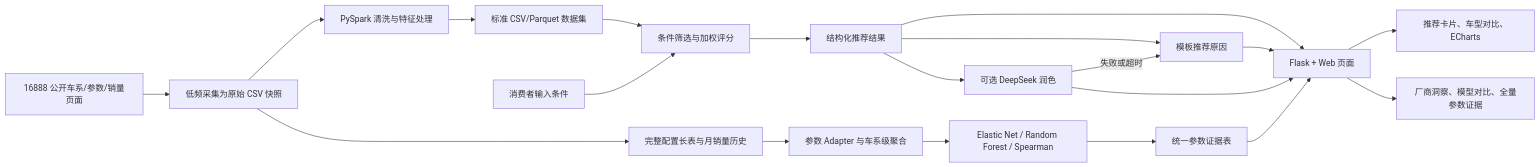
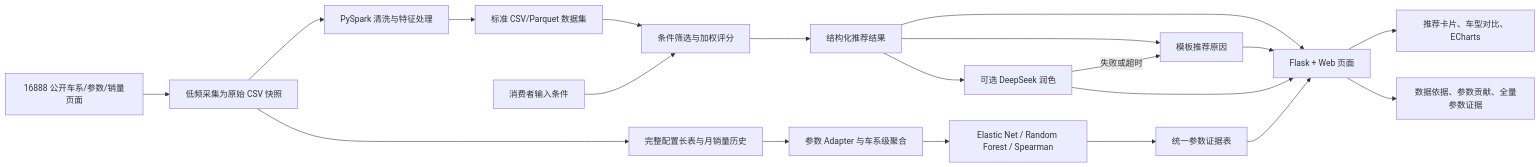
One commit to Pite330/spark-car-recommendation changed the diagram in docs/architecture.md. Above: the diagram before and after it, drawn with Mermaid. The commit also changed other lines of this file and 5 other files, not shown here.

````diff
--- a/docs/architecture.md
+++ b/docs/architecture.md
@@ -13,22 +13,22 @@
 ```mermaid
 flowchart LR
     A["16888 公开车系/参数/销量页面"] --> B["低频采集为原始 CSV 快照"]
     B --> C["PySpark 清洗与特征处理"]
     C --> D["标准 CSV/Parquet 数据集"]
     B --> L["完整配置长表与月销量历史"]
     L --> M["参数 Adapter 与车系级聚合"]
     M --> N["Elastic Net / Random Forest / Spearman"]
     N --> O["统一参数证据表"]
     D --> E["条件筛选与加权评分"]
     F["消费者输入条件"] --> E
     E --> G["结构化推荐结果"]
     G --> H["模板推荐原因"]
     G --> I["可选 DeepSeek 润色"]
     I -->|"失败或超时"| H
     G --> J["Flask + Web 页面"]
     H --> J
     I --> J
     J --> K["推荐卡片、车型对比、ECharts"]
     O --> J
-    J --> P["厂商洞察、模型对比、全量参数证据"]
+    J --> P["数据依据、参数贡献、全量参数证据"]
 ```
````
